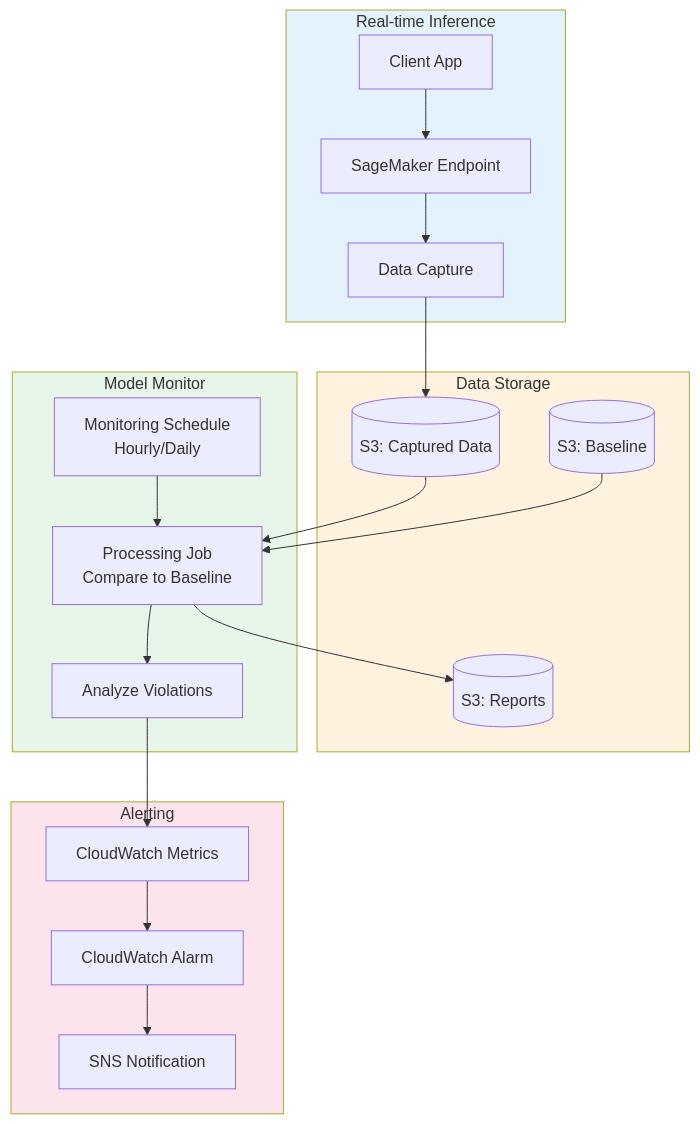
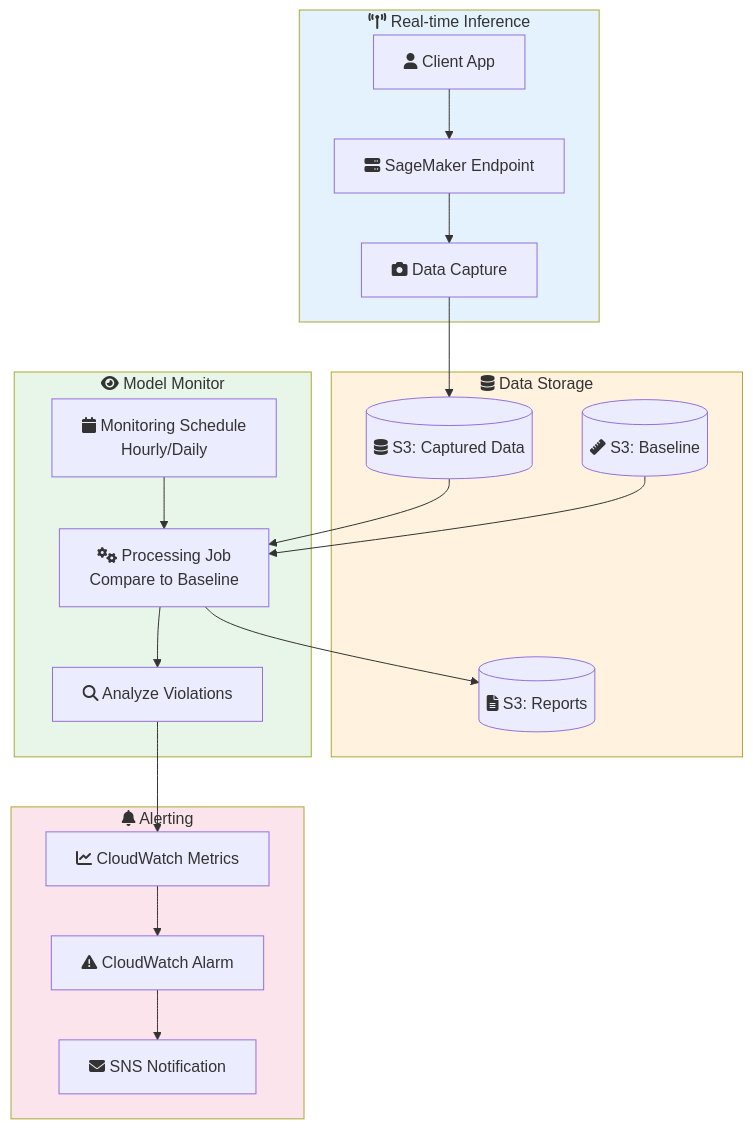
Before and after one commit to vinu76jsr/aws-sample-projects: the first of 3 diagrams in aws-ml-associate-prep/07-model-monitor/LAB.md, drawn with Mermaid. The commit also changed other lines of this file and 15 other files, not shown here.

First line of the commit message:
Add Font Awesome icons to all Mermaid diagrams

````diff
--- a/aws-ml-associate-prep/07-model-monitor/LAB.md
+++ b/aws-ml-associate-prep/07-model-monitor/LAB.md
@@ -14,44 +14,44 @@
 ```mermaid
 flowchart TB
-    subgraph Inference["Real-time Inference"]
-        Client[Client App]
-        Endpoint[SageMaker Endpoint]
-        Capture[Data Capture]
+    subgraph Inference["fa:fa-broadcast-tower Real-time Inference"]
+        Client[fa:fa-user Client App]
+        Endpoint[fa:fa-server SageMaker Endpoint]
+        Capture[fa:fa-camera Data Capture]
     end
 
-    subgraph Storage["Data Storage"]
-        S3Cap[(S3: Captured Data)]
-        S3Base[(S3: Baseline)]
-        S3Report[(S3: Reports)]
+    subgraph Storage["fa:fa-database Data Storage"]
+        S3Cap[(fa:fa-database S3: Captured Data)]
+        S3Base[(fa:fa-ruler S3: Baseline)]
+        S3Report[(fa:fa-file-alt S3: Reports)]
     end
 
-    subgraph Monitor["Model Monitor"]
-        Schedule[Monitoring Schedule<br/>Hourly/Daily]
-        Job[Processing Job<br/>Compare to Baseline]
-        Analyze[Analyze Violations]
+    subgraph Monitor["fa:fa-eye Model Monitor"]
+        Schedule[fa:fa-calendar Monitoring Schedule<br/>Hourly/Daily]
+        Job[fa:fa-cogs Processing Job<br/>Compare to Baseline]
+        Analyze[fa:fa-search Analyze Violations]
     end
 
-    subgraph Alerts["Alerting"]
-        CW[CloudWatch Metrics]
-        Alarm[CloudWatch Alarm]
-        SNS[SNS Notification]
+    subgraph Alerts["fa:fa-bell Alerting"]
+        CW[fa:fa-chart-line CloudWatch Metrics]
+        Alarm[fa:fa-exclamation-triangle CloudWatch Alarm]
+        SNS[fa:fa-envelope SNS Notification]
     end
 
     Client --> Endpoint
     Endpoint --> Capture
     Capture --> S3Cap
 
     S3Cap --> Job
     S3Base --> Job
     Schedule --> Job
     Job --> S3Report
     Job --> Analyze
     Analyze --> CW
     CW --> Alarm
     Alarm --> SNS
 
     style Inference fill:#e3f2fd
     style Storage fill:#fff3e0
     style Monitor fill:#e8f5e9
     style Alerts fill:#fce4ec
 ```
````
